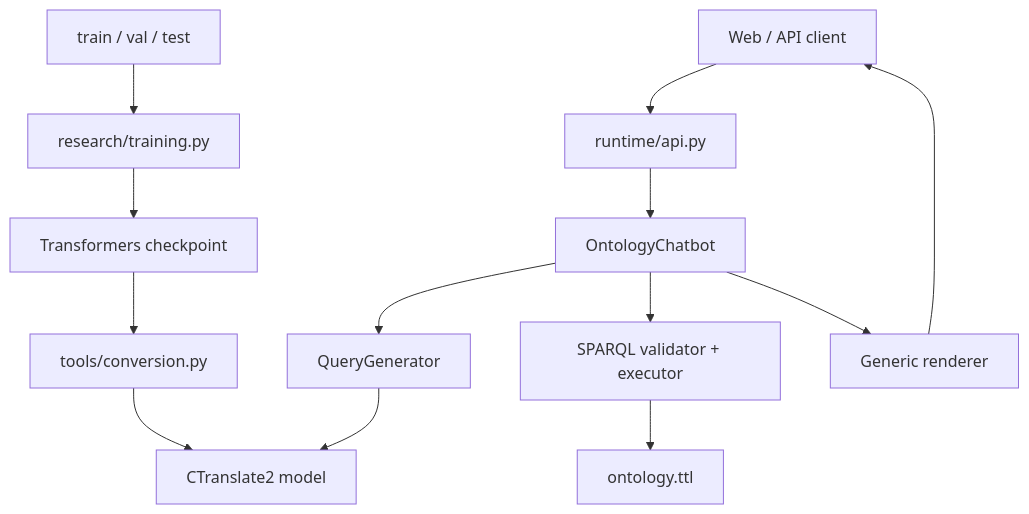
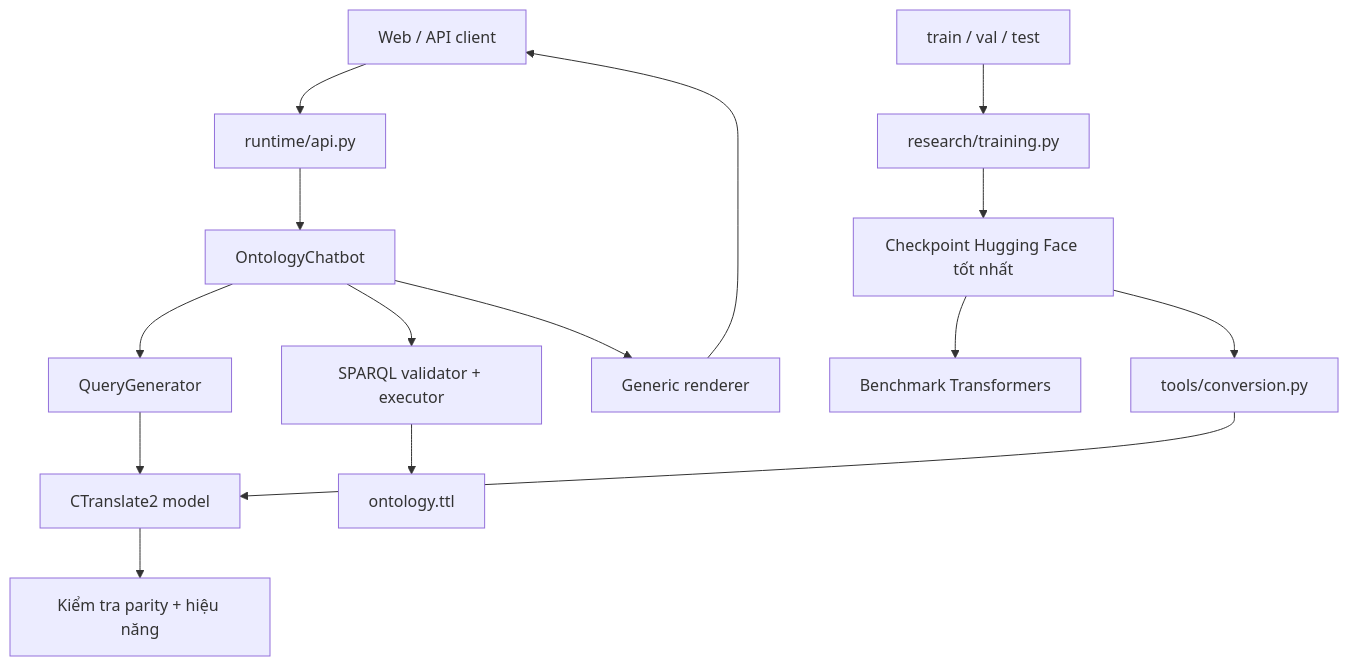
Before and after one commit to vpthinh19/ontology-chatbot: the diagram in docs/ARCHITECTURE.md, drawn with Mermaid. The commit also changed other lines of this file and 7 other files, not shown here.

````diff
--- a/docs/ARCHITECTURE.md
+++ b/docs/ARCHITECTURE.md
@@ -5,16 +5,18 @@
 ```mermaid
 flowchart TB
     UI["Web / API client"] --> API["runtime/api.py"]
     API --> P["OntologyChatbot"]
     P --> G["QueryGenerator"]
     G --> CT2["CTranslate2 model"]
     P --> Q["SPARQL validator + executor"]
     Q --> RDF["ontology.ttl"]
     P --> R["Generic renderer"]
     R --> UI
 
     D["train / val / test"] --> TR["research/training.py"]
-    TR --> HF["Transformers checkpoint"]
+    TR --> HF["Checkpoint Hugging Face tốt nhất"]
+    HF --> BM["Benchmark Transformers"]
     HF --> CV["tools/conversion.py"]
     CV --> CT2
+    CT2 --> PA["Kiểm tra parity + hiệu năng"]
 ```
````
